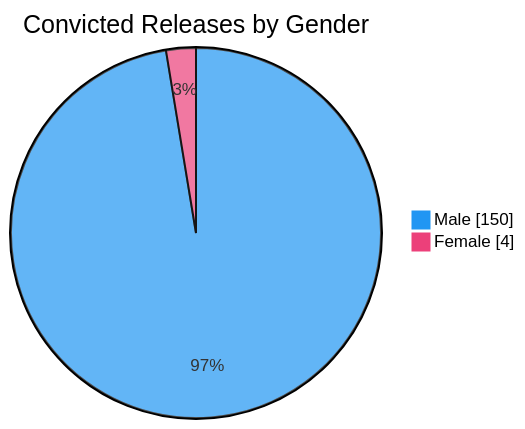
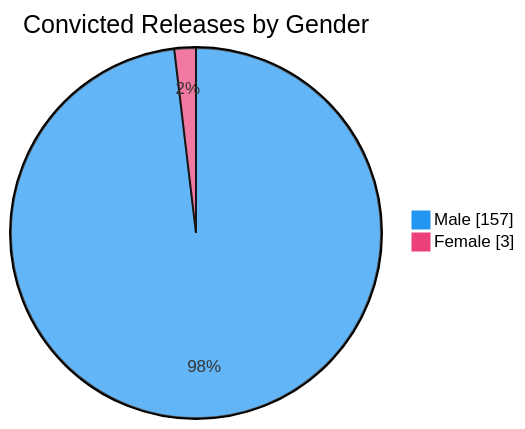
One commit to nuuuwan/lk_prisons changed the sixth of 7 diagrams in README.md. Above: the diagram before and after it, drawn with Mermaid. The commit also changed other lines of this file and 1 other file, not shown here.

````diff
--- a/README.md
+++ b/README.md
@@ -98,6 +98,6 @@
 ```mermaid
 %%{init: {'themeVariables': {'pie1': '#2196F3', 'pie2': '#EC407A'}}}%%
 pie showData title Convicted Releases by Gender
-    "Male" : 150
-    "Female" : 4
+    "Male" : 157
+    "Female" : 3
 ```
````
